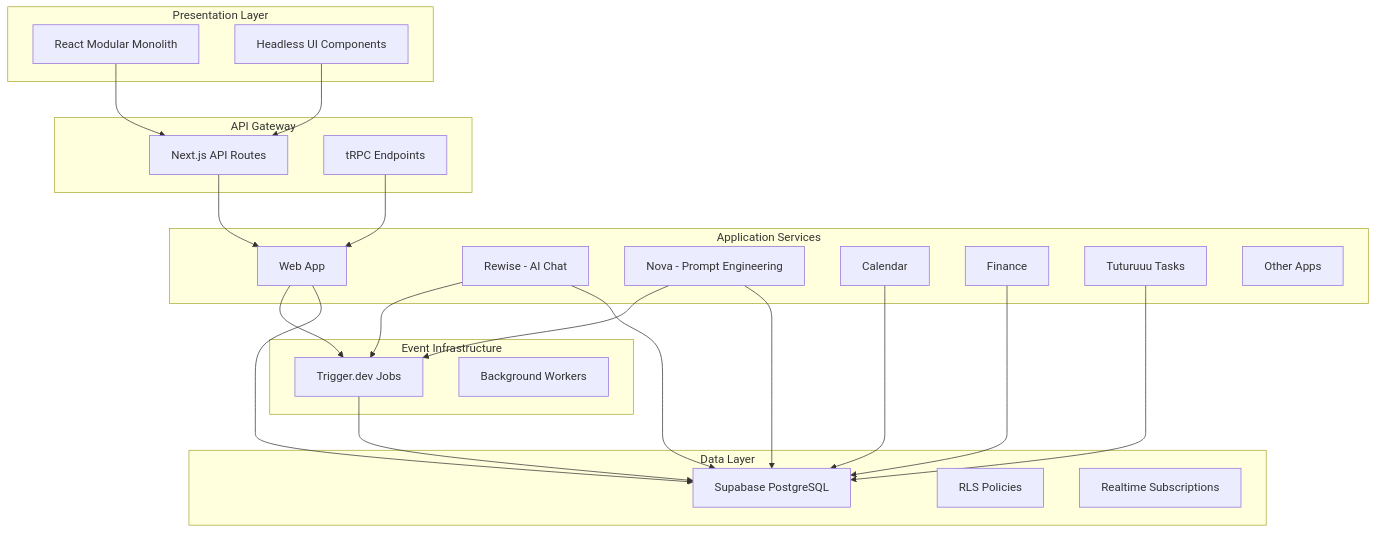
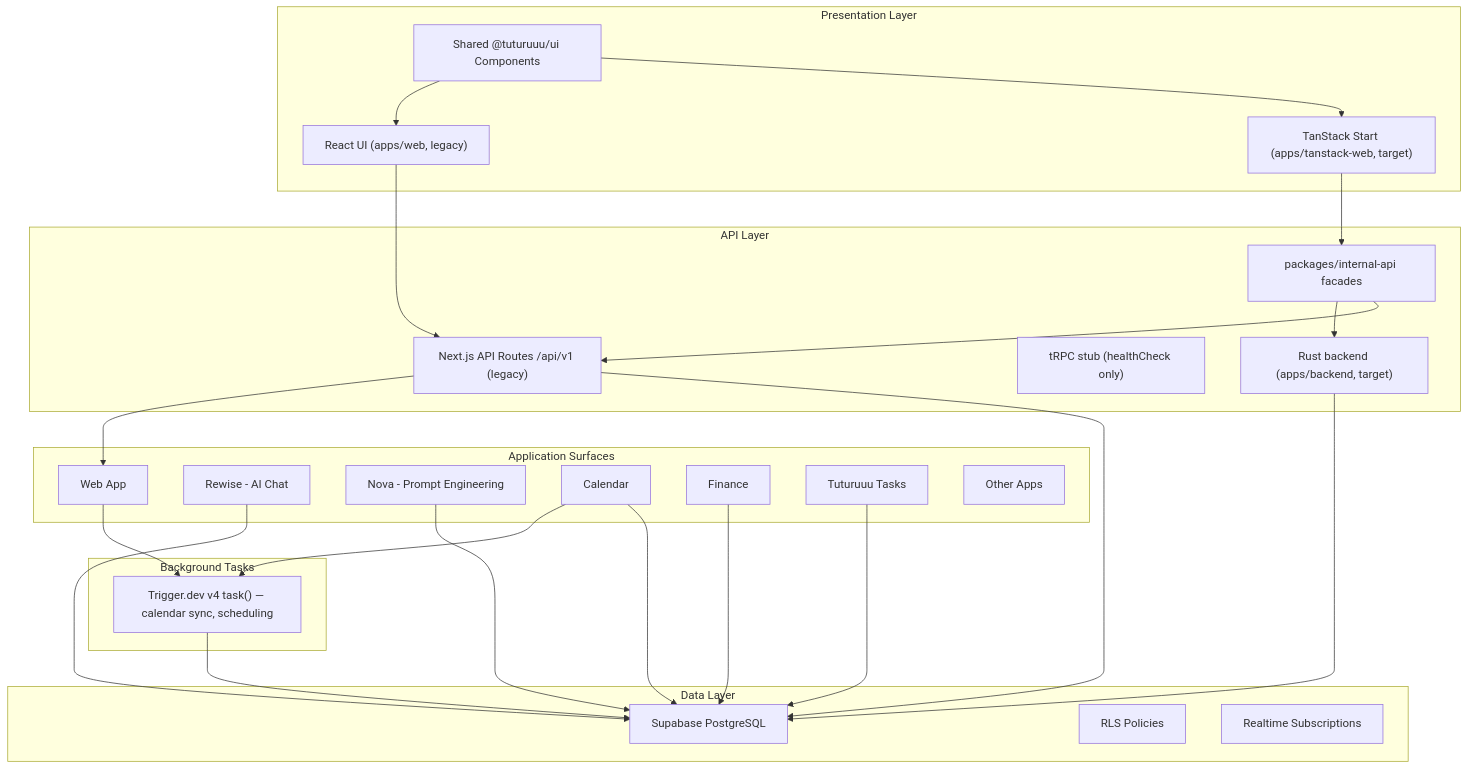
One commit to mad-code333/tuturu changed the diagram in apps/docs/platform/architecture/system-design/overview.mdx. Above: the diagram before and after it, drawn with Mermaid. The commit also changed other lines of this file and 27 other files, not shown here.

First line of the commit message:
docs: refresh architecture, system-design, and api-reference pages

````diff
--- a/apps/docs/platform/architecture/system-design/overview.mdx
+++ b/apps/docs/platform/architecture/system-design/overview.mdx
@@ -21,48 +41,53 @@
 ```mermaid
 graph TB
     subgraph "Presentation Layer"
-        A[React Modular Monolith]
-        B[Headless UI Components]
+        A["React UI (apps/web, legacy)"]
+        A2["TanStack Start (apps/tanstack-web, target)"]
+        B[Shared @tuturuuu/ui Components]
     end
 
-    subgraph "API Gateway"
-        C[Next.js API Routes]
-        D[tRPC Endpoints]
+    subgraph "API Layer"
+        C["Next.js API Routes /api/v1 (legacy)"]
+        D["tRPC stub (healthCheck only)"]
+        R["Rust backend (apps/backend, target)"]
+        IA["packages/internal-api facades"]
     end
 
-    subgraph "Application Services"
+    subgraph "Application Surfaces"
         E[Web App]
         F[Rewise - AI Chat]
         G[Nova - Prompt Engineering]
         H[Calendar]
         I[Finance]
         J[Tuturuuu Tasks]
         K[Other Apps]
     end
 
-    subgraph "Event Infrastructure"
-        L[Trigger.dev Jobs]
-        M[Background Workers]
+    subgraph "Background Tasks"
+        L["Trigger.dev v4 task() — calendar sync, scheduling"]
     end
 
     subgraph "Data Layer"
         N[Supabase PostgreSQL]
         O[RLS Policies]
         P[Realtime Subscriptions]
     end
 
     A --> C
-    B --> C
+    A2 --> IA
+    B --> A
+    B --> A2
+    IA --> R
+    IA --> C
     C --> E
-    D --> E
+    R --> N
     E --> L
-    F --> L
-    G --> L
-    E --> N
     F --> N
     G --> N
+    H --> L
     H --> N
     I --> N
     J --> N
+    C --> N
     L --> N
 ```
````
